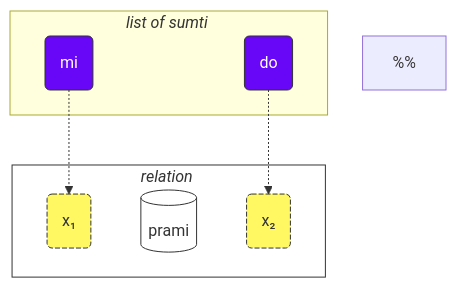
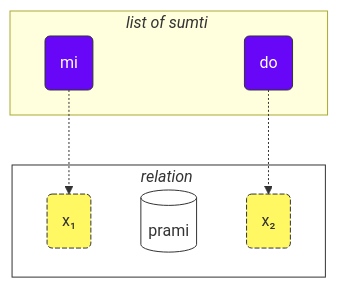
Before and after one commit to La-Lojban/lojban.pw: the second of 3 diagrams in data/pages/books/learn-lojban.md, drawn with Mermaid. The commit also changed 2 other files, not shown here.

Commit message:
fix: 🐛 fix mermaid blocks

````diff
--- a/data/pages/books/learn-lojban.md
+++ b/data/pages/books/learn-lojban.md
@@ -2257,30 +2257,29 @@
 ```mermaid
 flowchart TB
     %%common settings
     subgraph bridi["<i>relation</i>#nbsp;"]
         x1("x#8321;")
         selbri
         x2("x#8322;")
     end
     subgraph sumti["<i>list of sumti</i>#nbsp;"]
         s1-.->x1
         s2-.->x2
     end
     classDef s fill:#6807F7,stroke:#333,stroke-width:1px,color:#fff;
     class s1 s;
     class s2 s;
     classDef x fill:#FFF863,stroke:#333,stroke-width:1px,stroke-dasharray: 5 2;
     class x1 x;
     class x2 x;
     classDef blabi fill:#fff,stroke:#333;
     class selbri blabi;
     class bridi blabi;
 
-    %%
     %% input your sumti:
     s1(mi)
     s2(do)
     %% input your selbri
     selbri[(prami)]
 
 ```
````
